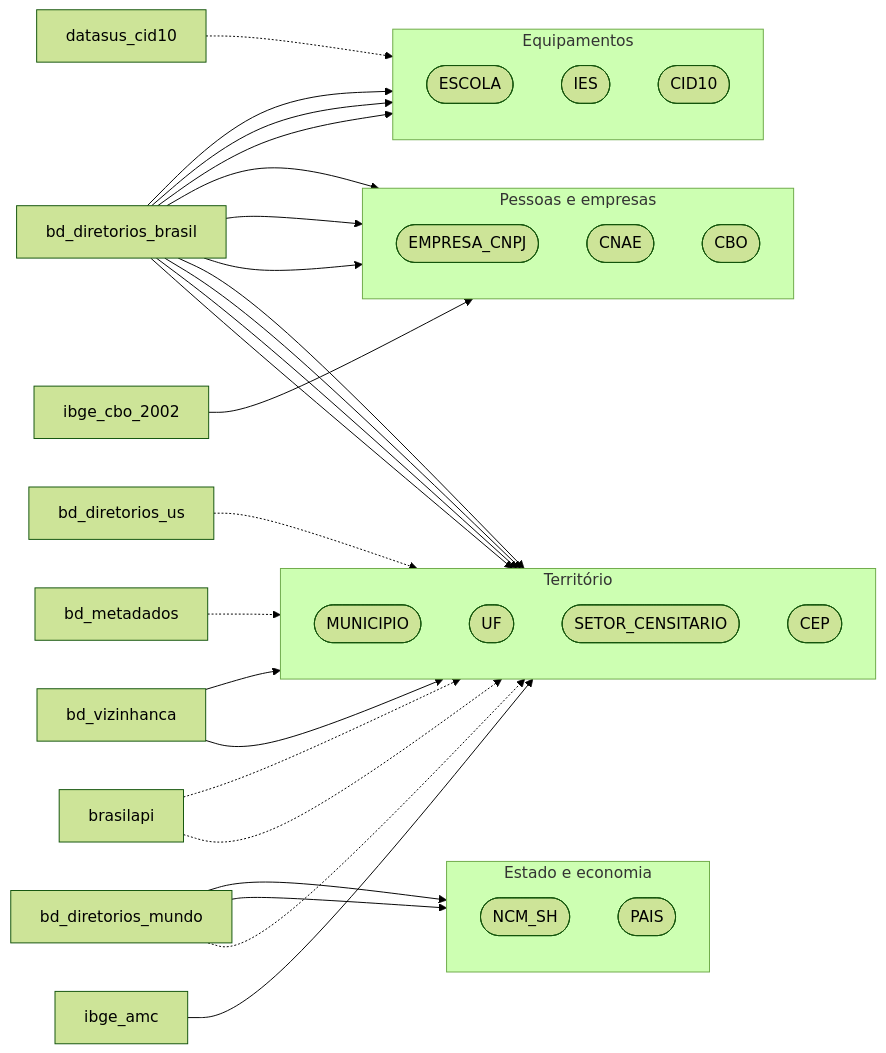
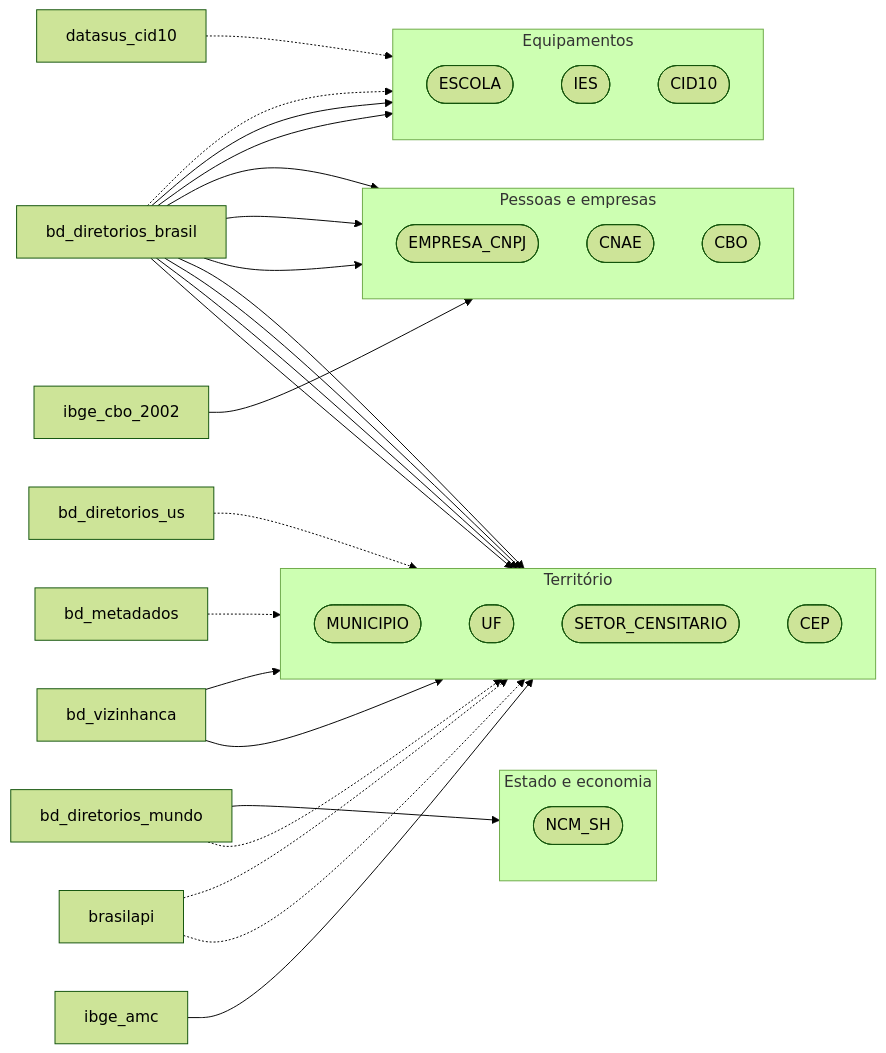
The second of 11 diagrams in docs/Flow.md (rafapolo/rodado), drawn with Mermaid (forest theme) before and after one commit. The commit also changed other lines of this file and 15 other files, not shown here.

````diff
--- a/docs/Flow.md
+++ b/docs/Flow.md
@@ -109,58 +111,56 @@
 ```mermaid
 flowchart LR
     referencia_br_bd_diretorios_brasil["bd_diretorios_brasil"]
     referencia_br_bd_diretorios_mundo["bd_diretorios_mundo"]
     referencia_br_bd_diretorios_us["bd_diretorios_us"]
     referencia_br_bd_metadados["bd_metadados"]
     referencia_br_bd_vizinhanca["bd_vizinhanca"]
     referencia_br_brasilapi["brasilapi"]
     referencia_br_datasus_cid10["datasus_cid10"]
     referencia_br_ibge_amc["ibge_amc"]
     referencia_br_ibge_cbo_2002["ibge_cbo_2002"]
     subgraph referencia_g_territ_rio["Território"]
         direction TB
         referencia_MUNICIPIO(["MUNICIPIO"])
         referencia_UF(["UF"])
         referencia_SETOR_CENSITARIO(["SETOR_CENSITARIO"])
         referencia_CEP(["CEP"])
     end
     subgraph referencia_g_pessoas_e_empresas["Pessoas e empresas"]
         direction TB
         referencia_EMPRESA_CNPJ(["EMPRESA_CNPJ"])
         referencia_CNAE(["CNAE"])
         referencia_CBO(["CBO"])
     end
     subgraph referencia_g_equipamentos["Equipamentos"]
         direction TB
         referencia_ESCOLA(["ESCOLA"])
         referencia_IES(["IES"])
         referencia_CID10(["CID10"])
     end
     subgraph referencia_g_estado_e_economia["Estado e economia"]
         direction TB
         referencia_NCM_SH(["NCM_SH"])
-        referencia_PAIS(["PAIS"])
     end
     referencia_br_bd_diretorios_brasil --> referencia_CBO
     referencia_br_bd_diretorios_brasil --> referencia_CEP
-    referencia_br_bd_diretorios_brasil --> referencia_CID10
+    referencia_br_bd_diretorios_brasil -.-> referencia_CID10
     referencia_br_bd_diretorios_brasil --> referencia_CNAE
     referencia_br_bd_diretorios_brasil --> referencia_EMPRESA_CNPJ
     referencia_br_bd_diretorios_brasil --> referencia_ESCOLA
     referencia_br_bd_diretorios_brasil --> referencia_IES
     referencia_br_bd_diretorios_brasil --> referencia_MUNICIPIO
     referencia_br_bd_diretorios_brasil --> referencia_SETOR_CENSITARIO
     referencia_br_bd_diretorios_brasil --> referencia_UF
     referencia_br_bd_diretorios_mundo --> referencia_NCM_SH
-    referencia_br_bd_diretorios_mundo --> referencia_PAIS
     referencia_br_bd_diretorios_mundo -.-> referencia_UF
     referencia_br_bd_diretorios_us -.-> referencia_MUNICIPIO
     referencia_br_bd_metadados -.-> referencia_UF
     referencia_br_bd_vizinhanca --> referencia_MUNICIPIO
     referencia_br_bd_vizinhanca --> referencia_UF
     referencia_br_brasilapi -.-> referencia_MUNICIPIO
     referencia_br_brasilapi -.-> referencia_UF
     referencia_br_datasus_cid10 -.-> referencia_CID10
     referencia_br_ibge_amc --> referencia_MUNICIPIO
     referencia_br_ibge_cbo_2002 --> referencia_CBO
 ```
````
